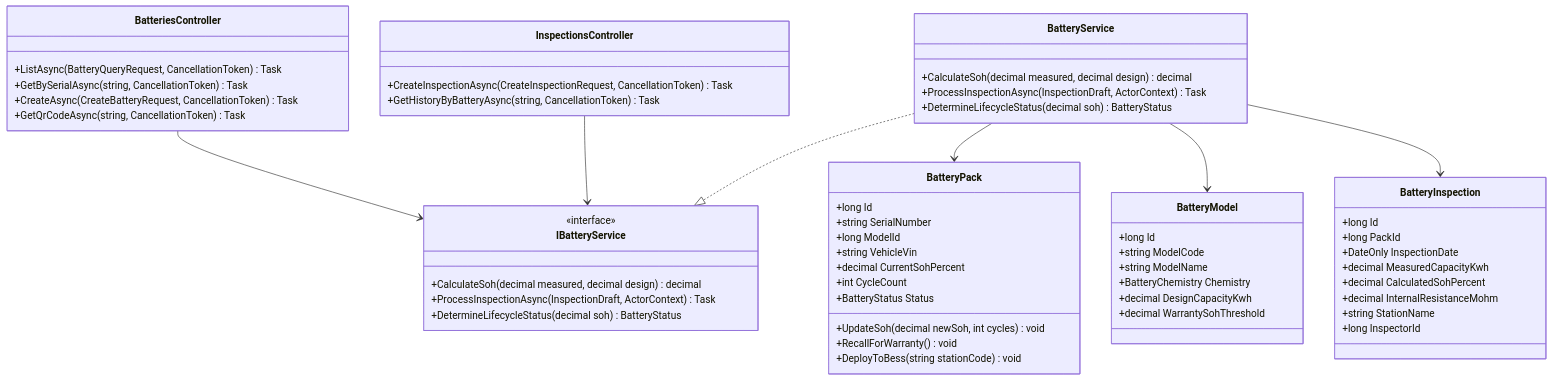
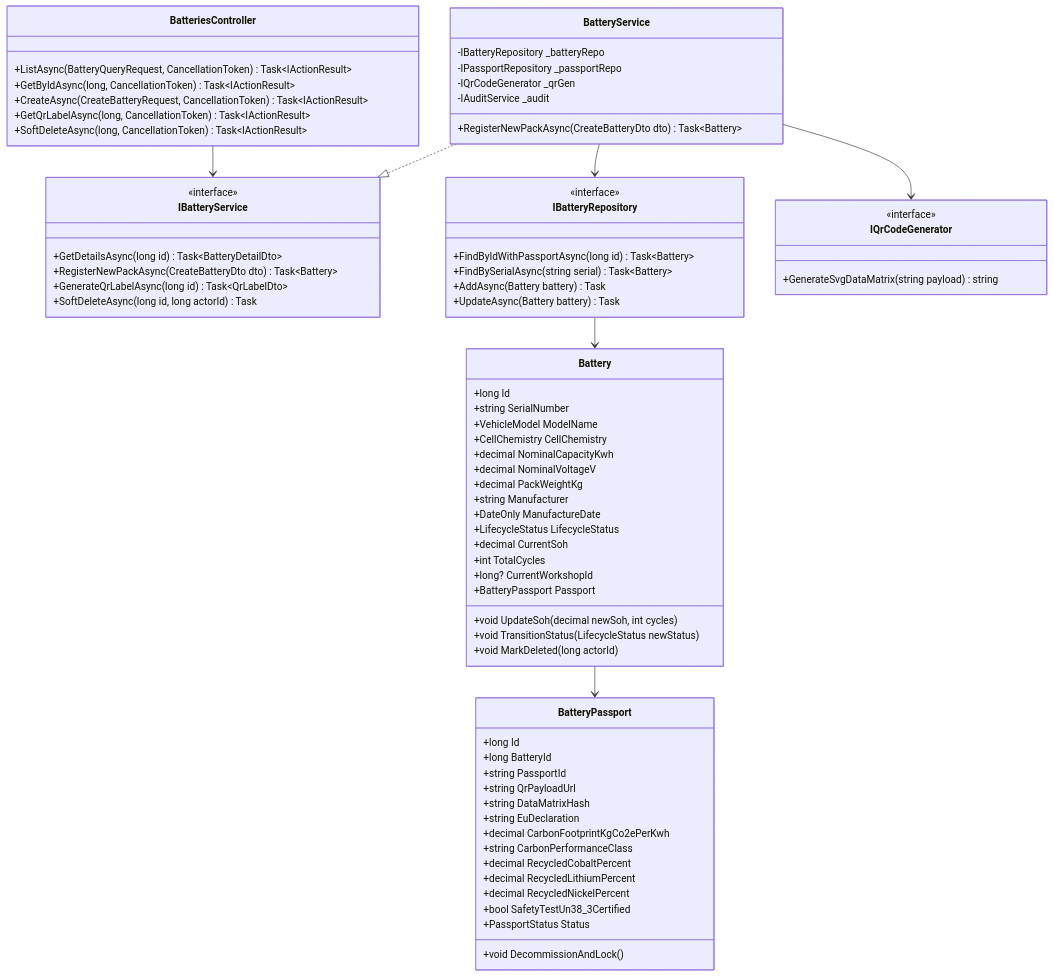
One commit to nhatgudboi/VinFast-Battery-Passport-Second-Life-Platform changed the second of 3 diagrams in docs/architecture/uml/01-class-diagrams.md. Above: the diagram before and after it, drawn with Mermaid. The commit also changed other lines of this file and 1 other file, not shown here.

Commit message:
docs: integrate core class diagrams into README and complete 3-subsystem class diagrams

````diff
--- a/docs/architecture/uml/01-class-diagrams.md
+++ b/docs/architecture/uml/01-class-diagrams.md
@@ -7,67 +112,83 @@
     direction TB
 
     class BatteriesController {
-        +ListAsync(BatteryQueryRequest, CancellationToken) Task
-        +GetBySerialAsync(string, CancellationToken) Task
-        +CreateAsync(CreateBatteryRequest, CancellationToken) Task
-        +GetQrCodeAsync(string, CancellationToken) Task
-    }
-
-    class InspectionsController {
-        +CreateInspectionAsync(CreateInspectionRequest, CancellationToken) Task
-        +GetHistoryByBatteryAsync(string, CancellationToken) Task
+        +ListAsync(BatteryQueryRequest, CancellationToken) Task~IActionResult~
+        +GetByIdAsync(long, CancellationToken) Task~IActionResult~
+        +CreateAsync(CreateBatteryRequest, CancellationToken) Task~IActionResult~
+        +GetQrLabelAsync(long, CancellationToken) Task~IActionResult~
+        +SoftDeleteAsync(long, CancellationToken) Task~IActionResult~
     }
 
     class IBatteryService {
         <<interface>>
-        +CalculateSoh(decimal measured, decimal design) decimal
-        +ProcessInspectionAsync(InspectionDraft, ActorContext) Task
-        +DetermineLifecycleStatus(decimal soh) BatteryStatus
+        +GetDetailsAsync(long id) Task~BatteryDetailDto~
+        +RegisterNewPackAsync(CreateBatteryDto dto) Task~Battery~
+        +GenerateQrLabelAsync(long id) Task~QrLabelDto~
+        +SoftDeleteAsync(long id, long actorId) Task
     }
 
     class BatteryService {
-        +CalculateSoh(decimal measured, decimal design) decimal
-        +ProcessInspectionAsync(InspectionDraft, ActorContext) Task
-        +DetermineLifecycleStatus(decimal soh) BatteryStatus
+        -IBatteryRepository _batteryRepo
+        -IPassportRepository _passportRepo
+        -IQrCodeGenerator _qrGen
+        -IAuditService _audit
+        +RegisterNewPackAsync(CreateBatteryDto dto) Task~Battery~
     }
 
-    class BatteryPack {
+    class Battery {
         +long Id
         +string SerialNumber
-        +long ModelId
-        +string VehicleVin
-        +decimal CurrentSohPercent
-        +int CycleCount
-        +BatteryStatus Status
-        +UpdateSoh(decimal newSoh, int cycles) void
-        +RecallForWarranty() void
-        +DeployToBess(string stationCode) void
+        +VehicleModel ModelName
+        +CellChemistry CellChemistry
+        +decimal NominalCapacityKwh
+        +decimal NominalVoltageV
+        +decimal PackWeightKg
+        +string Manufacturer
+        +DateOnly ManufactureDate
+        +LifecycleStatus LifecycleStatus
+        +decimal CurrentSoh
+        +int TotalCycles
+        +long? CurrentWorkshopId
+        +BatteryPassport Passport
+        +void UpdateSoh(decimal newSoh, int cycles)
+        +void TransitionStatus(LifecycleStatus newStatus)
+        +void MarkDeleted(long actorId)
     }
 
-    class BatteryModel {
+    class BatteryPassport {
         +long Id
-        +string ModelCode
-        +string ModelName
-        +BatteryChemistry Chemistry
-        +decimal DesignCapacityKwh
-        +decimal WarrantySohThreshold
+        +long BatteryId
+        +string PassportId
+        +string QrPayloadUrl
+        +string DataMatrixHash
+        +string EuDeclaration
+        +decimal CarbonFootprintKgCo2ePerKwh
+        +string CarbonPerformanceClass
+        +decimal RecycledCobaltPercent
+        +decimal RecycledLithiumPercent
+        +decimal RecycledNickelPercent
+        +bool SafetyTestUn38_3Certified
+        +PassportStatus Status
+        +void DecommissionAndLock()
     }
 
-    class BatteryInspection {
-        +long Id
-        +long PackId
-        +DateOnly InspectionDate
-        +decimal MeasuredCapacityKwh
-        +decimal CalculatedSohPercent
-        +decimal InternalResistanceMohm
-        +string StationName
-        +long InspectorId
+    class IBatteryRepository {
+        <<interface>>
+        +FindByIdWithPassportAsync(long id) Task~Battery~
+        +FindBySerialAsync(string serial) Task~Battery~
+        +AddAsync(Battery battery) Task
+        +UpdateAsync(Battery battery) Task
+    }
+
+    class IQrCodeGenerator {
+        <<interface>>
+        +GenerateSvgDataMatrix(string payload) string
     }
 
     BatteriesController --> IBatteryService
-    InspectionsController --> IBatteryService
     BatteryService ..|> IBatteryService
-    BatteryService --> BatteryPack
-    BatteryService --> BatteryModel
-    BatteryService --> BatteryInspection
+    BatteryService --> IBatteryRepository
+    BatteryService --> IQrCodeGenerator
+    Battery --> BatteryPassport
+    IBatteryRepository --> Battery
 ```
````
